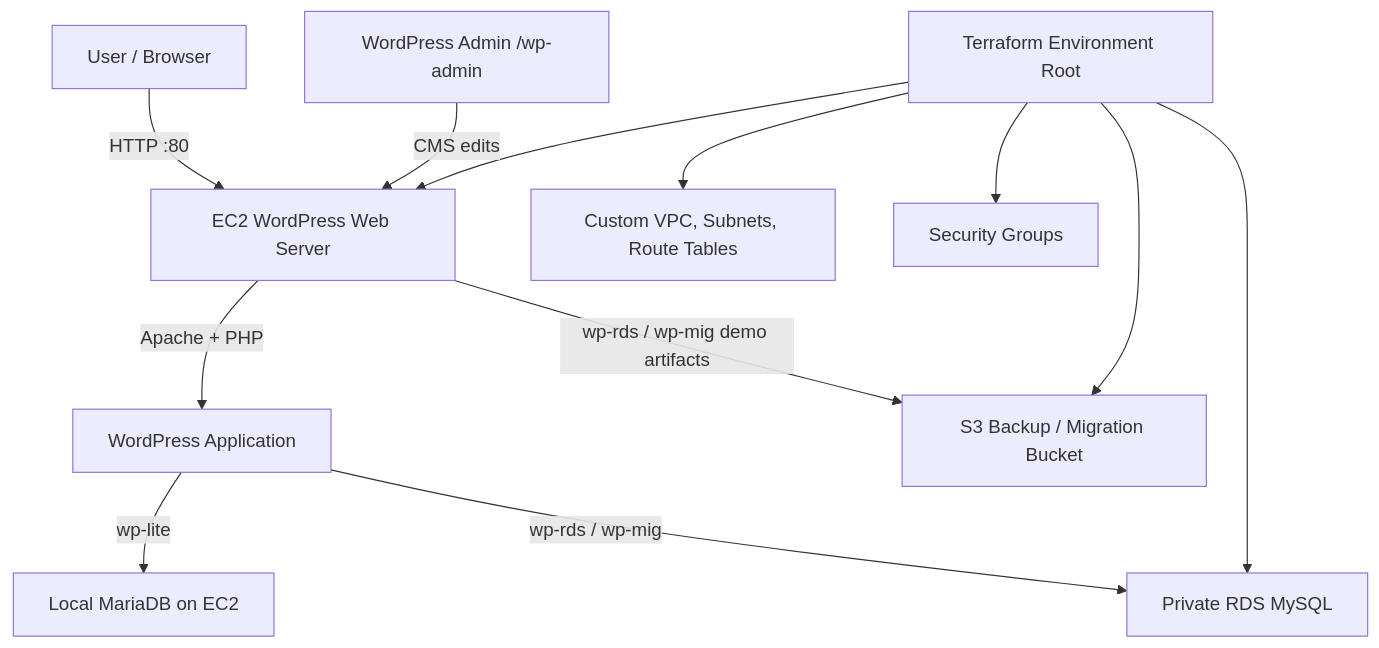
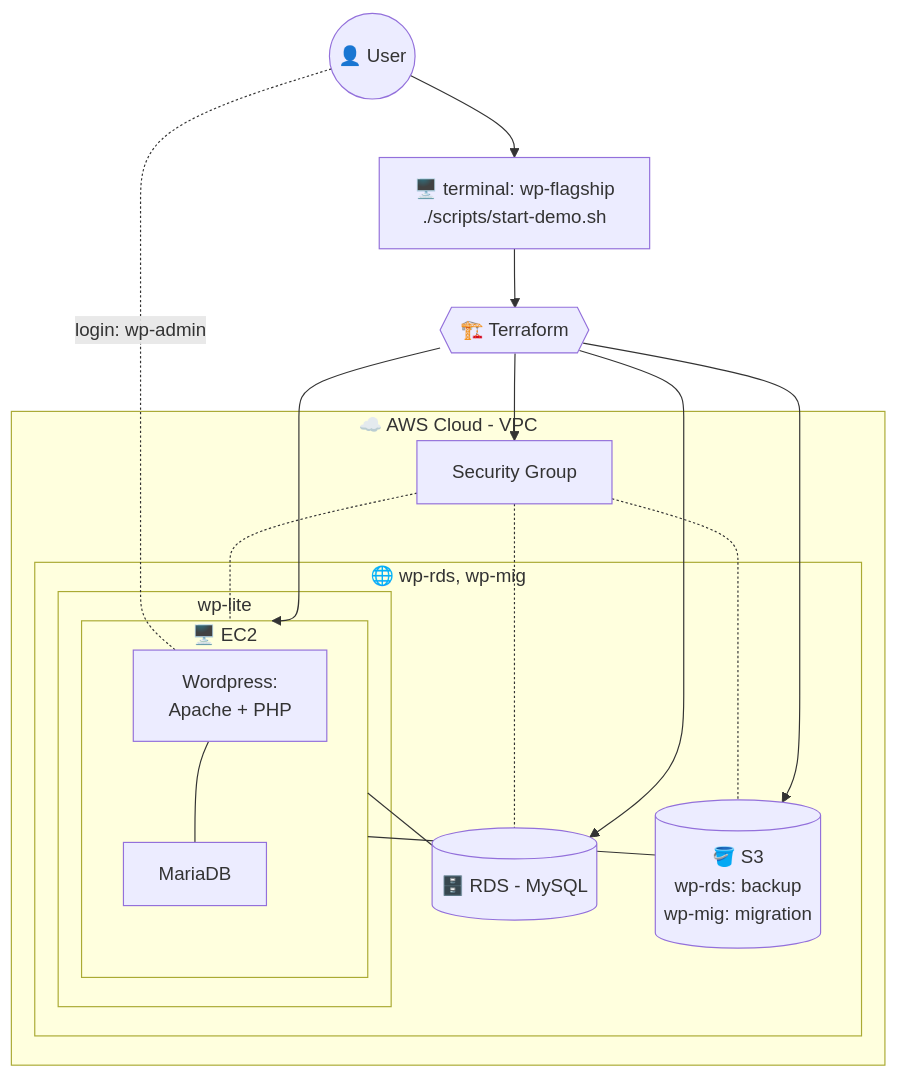
The diagram in README.md (bebopinbebop/wordpress-flagship), drawn with Mermaid before and after one commit. The commit also changed other lines of this file, not shown here.

Commit message:
better mermaid diagram in README

````diff
--- a/README.md
+++ b/README.md
@@ -83,14 +123,46 @@
 ```mermaid
 flowchart TD
-    User["User / Browser"] -->|HTTP :80| EC2["EC2 WordPress Web Server"]
-    Admin["WordPress Admin /wp-admin"] -->|CMS edits| EC2
-    EC2 -->|Apache + PHP| WP["WordPress Application"]
-    WP -->|wp-lite| LocalDB["Local MariaDB on EC2"]
-    WP -->|wp-rds / wp-mig| RDS["Private RDS MySQL"]
-    EC2 -->|wp-rds / wp-mig demo artifacts| S3["S3 Backup / Migration Bucket"]
-    Terraform["Terraform Environment Root"] --> VPC["Custom VPC, Subnets, Route Tables"]
-    Terraform --> SG["Security Groups"]
+    User["🖥️ terminal: wp-flagship\n./scripts/start-demo.sh"]
+    USER((👤 User))
+    Terraform{{🏗️ Terraform}}
+    RDS[(🗄️ RDS - MySQL)]
+    S3[(🪣 S3\nwp-rds: backup\nwp-mig: migration)]
+
+    subgraph AWS["☁️ AWS Cloud - VPC"]
+        Security
+        subgraph VPC["🌐 wp-rds, wp-mig"]
+            subgraph PUBLIC["wp-lite"]
+                subgraph EC2[🖥️ EC2]
+                    Wordpress[Wordpress:\nApache + PHP]
+                    MariaDB
+
+                    Wordpress --- MariaDB
+                    
+                end
+            end
+
+            RDS
+            S3
+        end
+    end
+
+    USER -.- |login: wp-admin| Wordpress
+    
+    USER --> User
+    Security -.- RDS
+    Security -.- EC2
+    Security -.- S3
+
+    User --> Terraform
+
     Terraform --> EC2
+    Terraform --> Security["Security Group"]
     Terraform --> RDS
     Terraform --> S3
+    
+
+    EC2 --- S3
+    EC2 --- RDS
+
+    
 ```
````
